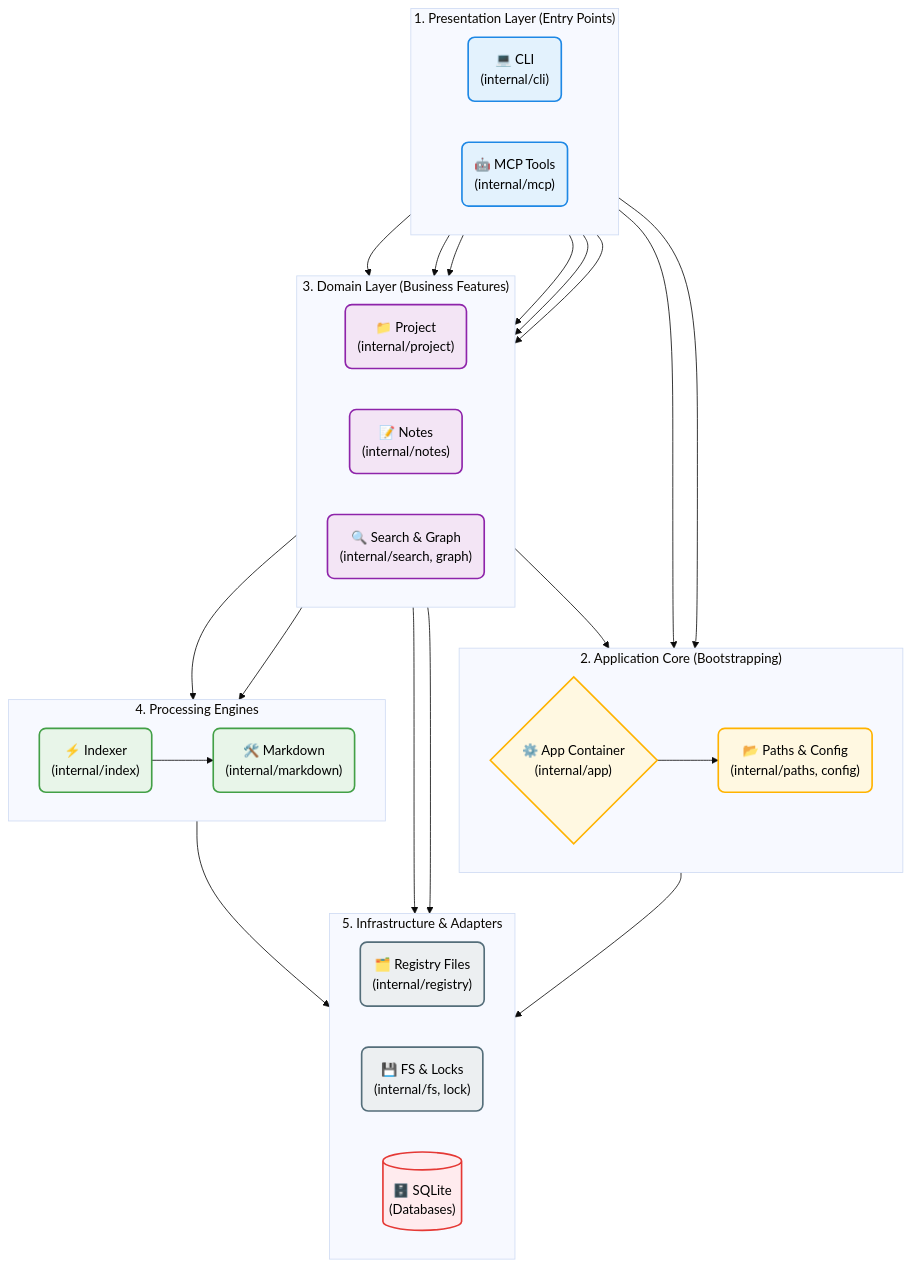
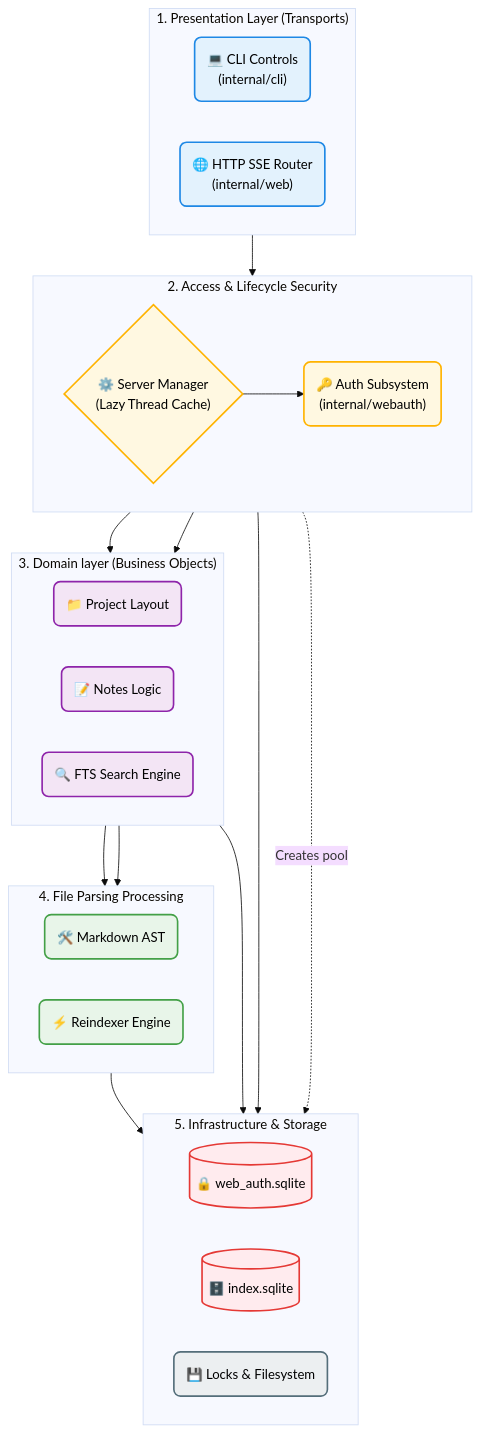
The second of 2 diagrams in README.md (ilyachch/mnemonic), drawn with Mermaid (base theme) before and after one commit. The commit also changed other lines of this file and 18 other files, not shown here.

First line of the commit message:
6 web mcp server token authorization (#21)

````diff
--- a/README.md
+++ b/README.md
@@ -402,66 +307,59 @@
 ```mermaid
 flowchart TD
     %% Styling
     classDef entry fill:#e3f2fd,stroke:#1e88e5,stroke-width:2px,color:#000,rx:8px,ry:8px
     classDef core fill:#fff8e1,stroke:#ffb300,stroke-width:2px,color:#000,rx:8px,ry:8px
     classDef domain fill:#f3e5f5,stroke:#8e24aa,stroke-width:2px,color:#000,rx:8px,ry:8px
     classDef engine fill:#e8f5e9,stroke:#43a047,stroke-width:2px,color:#000,rx:8px,ry:8px
     classDef infra fill:#eceff1,stroke:#546e7a,stroke-width:2px,color:#000,rx:8px,ry:8px
     classDef db fill:#ffebee,stroke:#e53935,stroke-width:2px,color:#000,rx:8px,ry:8px
 
     %% Layers
-    subgraph Entry ["1. Presentation Layer (Entry Points)"]
+    subgraph Entry ["1. Presentation Layer (Transports)"]
         direction LR
-        CLI("💻 CLI\n(internal/cli)"):::entry
-        MCP("🤖 MCP Tools\n(internal/mcp)"):::entry
+        CLI("💻 CLI Controls\n(internal/cli)"):::entry
+        WebServe("🌐 HTTP SSE Router\n(internal/web)"):::entry
     end
 
-    subgraph Core ["2. Application Core (Bootstrapping)"]
+    subgraph Core ["2. Access & Lifecycle Security"]
         direction LR
-        App{"⚙️ App Container\n(internal/app)"}:::core
-        Paths("📂 Paths & Config\n(internal/paths, config)"):::core
+        Manager{"⚙️ Server Manager\n(Lazy Thread Cache)"}:::core
+        AuthStore("🔑 Auth Subsystem\n(internal/webauth)"):::core
     end
 
-    subgraph Domain ["3. Domain Layer (Business Features)"]
+    subgraph Domain ["3. Domain layer (Business Objects)"]
         direction LR
-        Proj("📁 Project\n(internal/project)"):::domain
-        Notes("📝 Notes\n(internal/notes)"):::domain
-        Search("🔍 Search & Graph\n(internal/search, graph)"):::domain
+        Proj("📁 Project Layout"):::domain
+        Notes("📝 Notes Logic"):::domain
+        Search("🔍 FTS Search Engine"):::domain
     end
 
-    subgraph Engines ["4. Processing Engines"]
+    subgraph Engines ["4. File Parsing Processing"]
         direction LR
-        MD("🛠️ Markdown\n(internal/markdown)"):::engine
-        Idx("⚡ Indexer\n(internal/index)"):::engine
+        MD("🛠️ Markdown AST"):::engine
+        Idx("⚡ Reindexer Engine"):::engine
     end
 
-    subgraph Infra ["5. Infrastructure & Adapters"]
+    subgraph Infra ["5. Infrastructure & Storage"]
         direction LR
-        Reg("🗂️ Registry Files\n(internal/registry)"):::infra
-        Sys("💾 FS & Locks\n(internal/fs, lock)"):::infra
-        DB[("🗄️ SQLite\n(Databases)")]:::db
+        AuthDB[("🔒 web_auth.sqlite")]:::db
+        IndexDB[("🗄️ index.sqlite")]:::db
+        Sys("💾 Locks & Filesystem"):::infra
     end
 
-    %% Flow: Bootstrapping
-    CLI & MCP --> App
-    App --> Paths
-    App --> Reg
+    %% Flow: Web Routing & Guarding
+    WebServe --> Manager
+    Manager --> AuthStore
+    AuthStore --> AuthDB
 
-    %% Flow: Feature Execution
-    CLI & MCP --> Proj
-    CLI & MCP --> Notes
-    CLI & MCP --> Search
+    %% Flow: Instance Lazy Hydration
+    Manager -. Creates pool .-> IndexDB
+    Manager --> Proj
+    Manager --> Notes
 
-    %% Flow: Domain to Engines & Infra
-    Proj --> Reg
-    Proj --> Paths
-
+    %% Flow: Processing Boundary
     Notes --> MD
     Notes --> Sys
-
     Search --> Idx
-
-    %% Flow: Engines to Infra
-    Idx --> MD
-    Idx --> DB
+    Idx --> IndexDB
 ```
````
